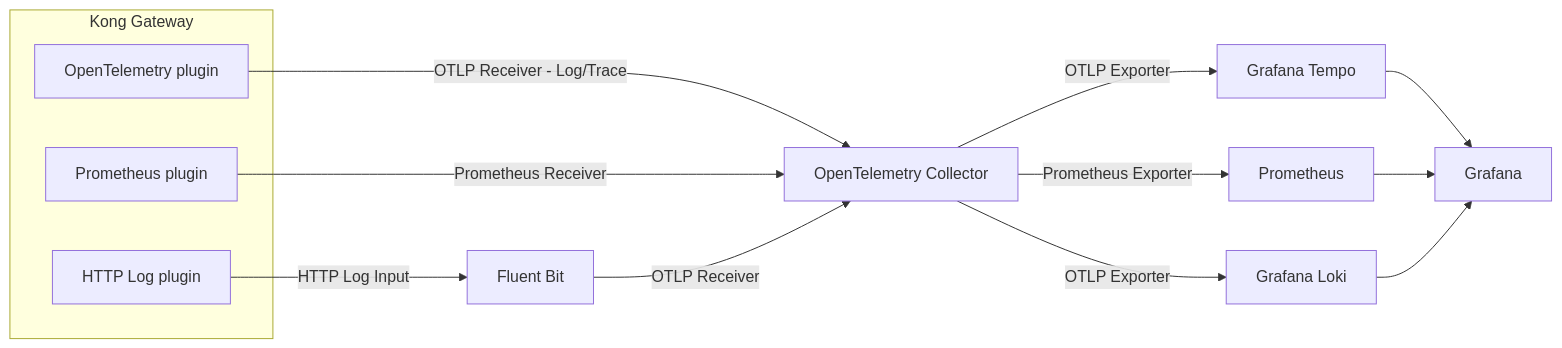
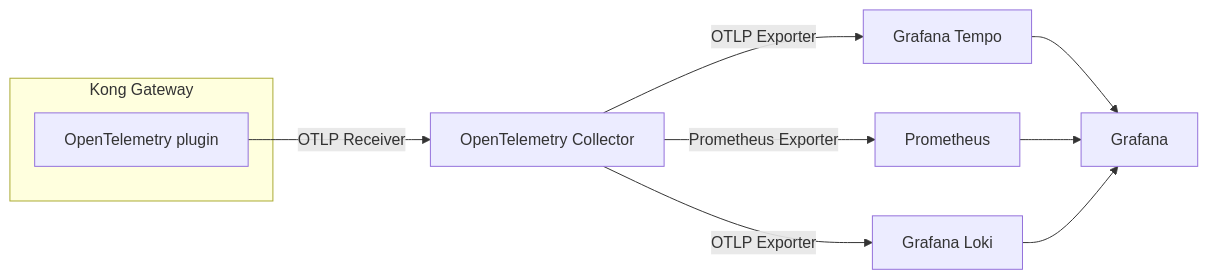
One commit to shukawam/kong-observability-oss changed the diagram in README.md. Above: the diagram before and after it, drawn with Mermaid.

````diff
--- a/README.md
+++ b/README.md
@@ -7,21 +7,17 @@
 ```mermaid
 flowchart LR
 
     subgraph Kong Gateway
         A1[OpenTelemetry plugin]
-        A2[Prometheus plugin]
-        A3[HTTP Log plugin]
     end
 
-    A1 --> |OTLP Receiver - Log/Trace| B1[OpenTelemetry Collector]
-    A2 --> |Prometheus Receiver| B1
-    A3 --> |HTTP Log Input| B3[Fluent Bit] --> |OTLP Receiver| B1
+    A1 --> |OTLP Receiver| B1[OpenTelemetry Collector]
 
     B1 --> |OTLP Exporter| C1[Grafana Tempo]
     B1 --> |Prometheus Exporter| C2[Prometheus]
     B1 --> |OTLP Exporter| C3[Grafana Loki]
 
     C1 --> D1[Grafana]
     C2 --> D1
     C3 --> D1
 ```
````
